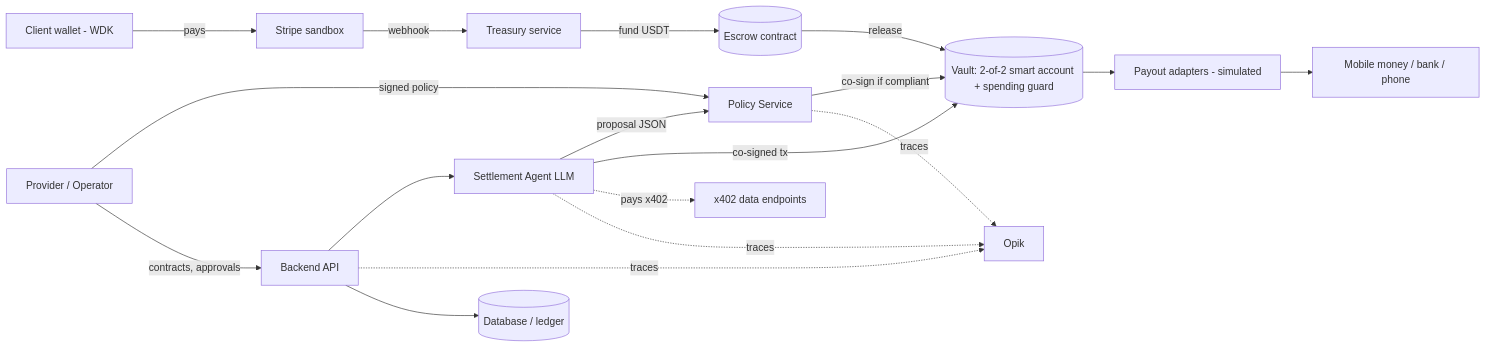
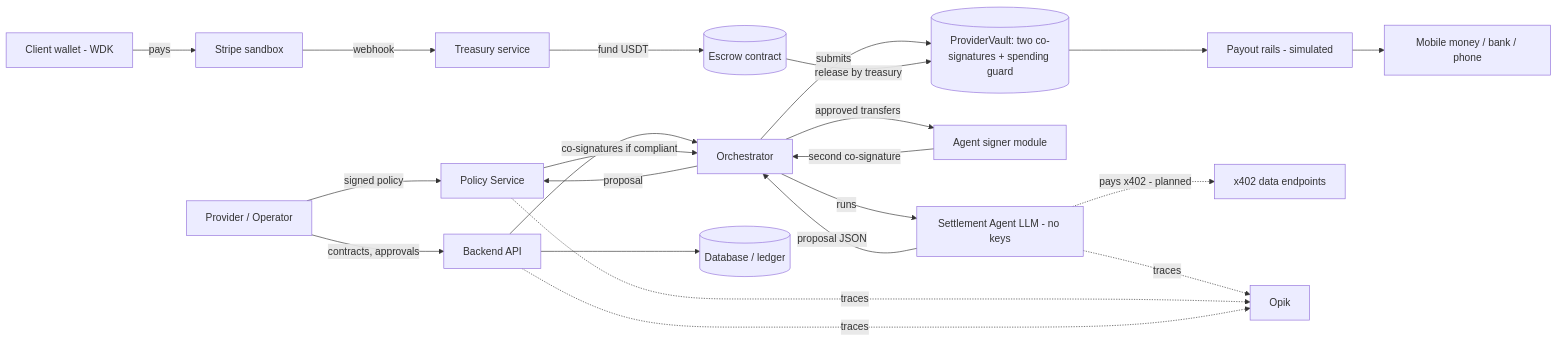
One commit to Tethran/Tethran changed the first of 2 diagrams in docs/03-system-design-architecture.md. Above: the diagram before and after it, drawn with Mermaid. The commit also changed other lines of this file and 1 other file, not shown here.

Commit message:
Update PRD and architecture documents to match INTERFACES v0.6 and the built system

````diff
--- a/docs/03-system-design-architecture.md
+++ b/docs/03-system-design-architecture.md
@@ -21,18 +33,22 @@
 ```mermaid
 flowchart LR
   C[Client wallet - WDK] -->|pays| S[Stripe sandbox]
   S -->|webhook| T[Treasury service]
   T -->|fund USDT| E[(Escrow contract)]
   P[Provider / Operator] -->|signed policy| PS[Policy Service]
   P -->|contracts, approvals| API[Backend API]
-  API --> AG[Settlement Agent LLM]
-  AG -->|proposal JSON| PS
-  PS -->|co-sign if compliant| V[(Vault: 2-of-2 smart account + spending guard)]
-  AG -->|co-signed tx| V
-  E -->|release| V
-  V --> PO[Payout adapters - simulated]
+  API --> ORC[Orchestrator]
+  ORC -->|runs| AG[Settlement Agent LLM - no keys]
+  AG -->|proposal JSON| ORC
+  ORC -->|proposal| PS
+  PS -->|co-signatures if compliant| ORC
+  ORC -->|approved transfers| SG[Agent signer module]
+  SG -->|second co-signature| ORC
+  ORC -->|submits| V[(ProviderVault: two co-signatures + spending guard)]
+  E -->|release by treasury| V
+  V --> PO[Payout rails - simulated]
   PO --> MM[Mobile money / bank / phone]
-  AG -.->|pays x402| X[x402 data endpoints]
+  AG -.->|pays x402 - planned| X[x402 data endpoints]
   AG & PS & API -.->|traces| O[Opik]
   API --> DB[(Database / ledger)]
 ```
````
